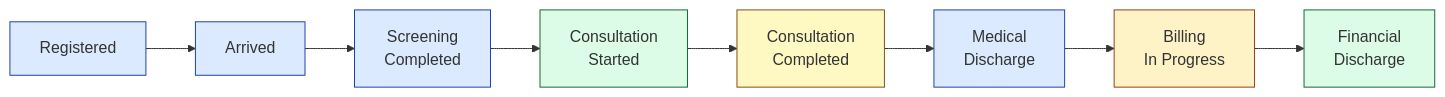
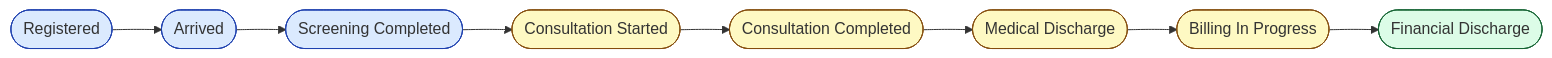
Before and after one commit to npnatt12/KMCH-HIS-Wiki: the diagram in public/charts/opd-patient-flow.mmd, drawn with Mermaid. The commit also changed 96 other files, not shown here.

First line of the commit message:
feat(portal): Phase 2 complete — cheat sheets, charts, and routes

```diff
--- a/public/charts/opd-patient-flow.mmd
+++ b/public/charts/opd-patient-flow.mmd
@@ -1,16 +1,16 @@
 graph LR
-  A[Registered] --> B[Arrived]
-  B --> C[Screening<br/>Completed]
-  C --> D[Consultation<br/>Started]
-  D --> E[Consultation<br/>Completed]
-  E --> F[Medical<br/>Discharge]
-  F --> G[Billing<br/>In Progress]
-  G --> H[Financial<br/>Discharge]
+  A([Registered]) --> B([Arrived])
+  B --> C([Screening Completed])
+  C --> D([Consultation Started])
+  D --> E([Consultation Completed])
+  E --> F([Medical Discharge])
+  F --> G([Billing In Progress])
+  G --> H([Financial Discharge])
   style A fill:#dbeafe,stroke:#1e40af
   style B fill:#dbeafe,stroke:#1e40af
   style C fill:#dbeafe,stroke:#1e40af
-  style D fill:#dcfce7,stroke:#166534
+  style D fill:#fef9c3,stroke:#854d0e
   style E fill:#fef9c3,stroke:#854d0e
-  style F fill:#dbeafe,stroke:#1e40af
-  style G fill:#fef3c7,stroke:#92400e
+  style F fill:#fef9c3,stroke:#854d0e
+  style G fill:#fef9c3,stroke:#854d0e
   style H fill:#dcfce7,stroke:#166534
```
